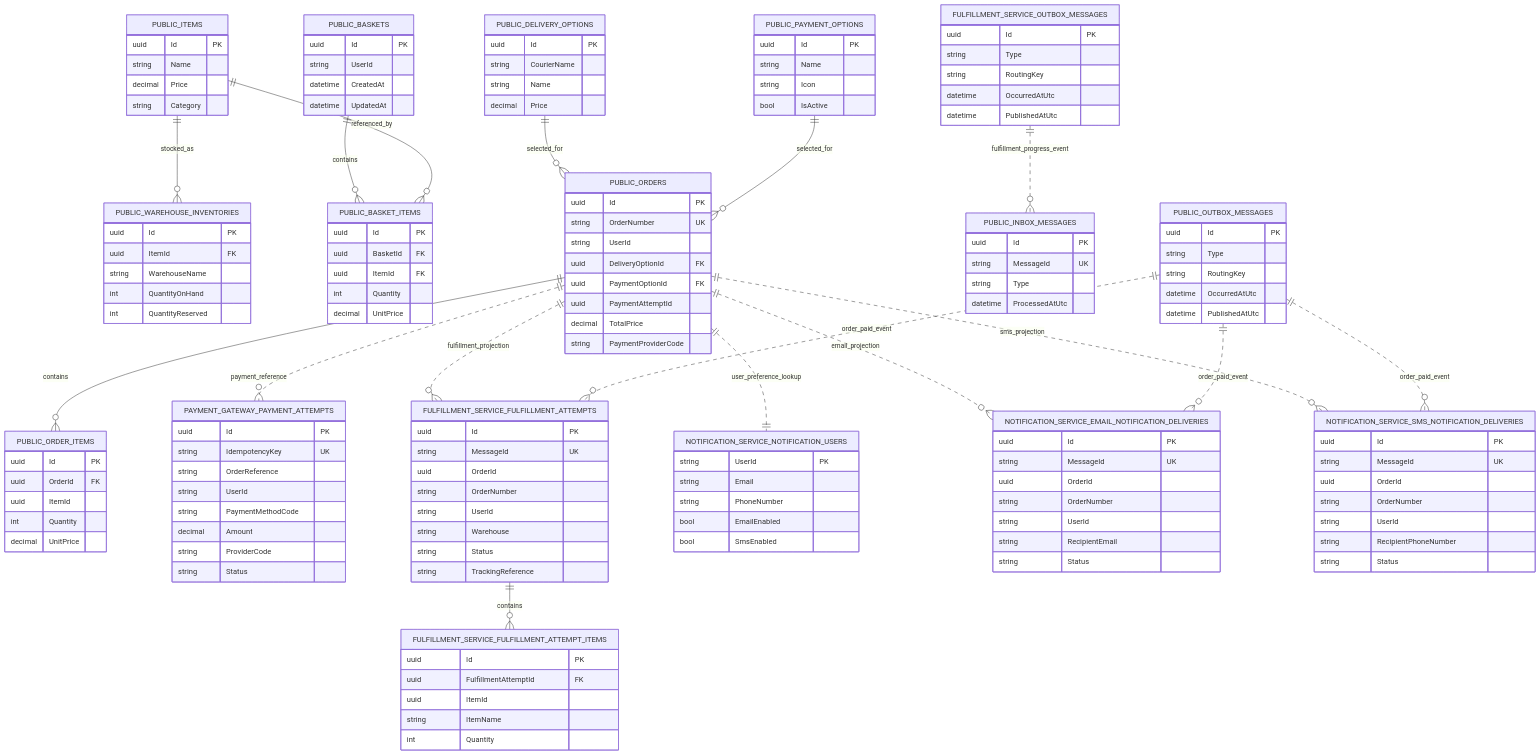
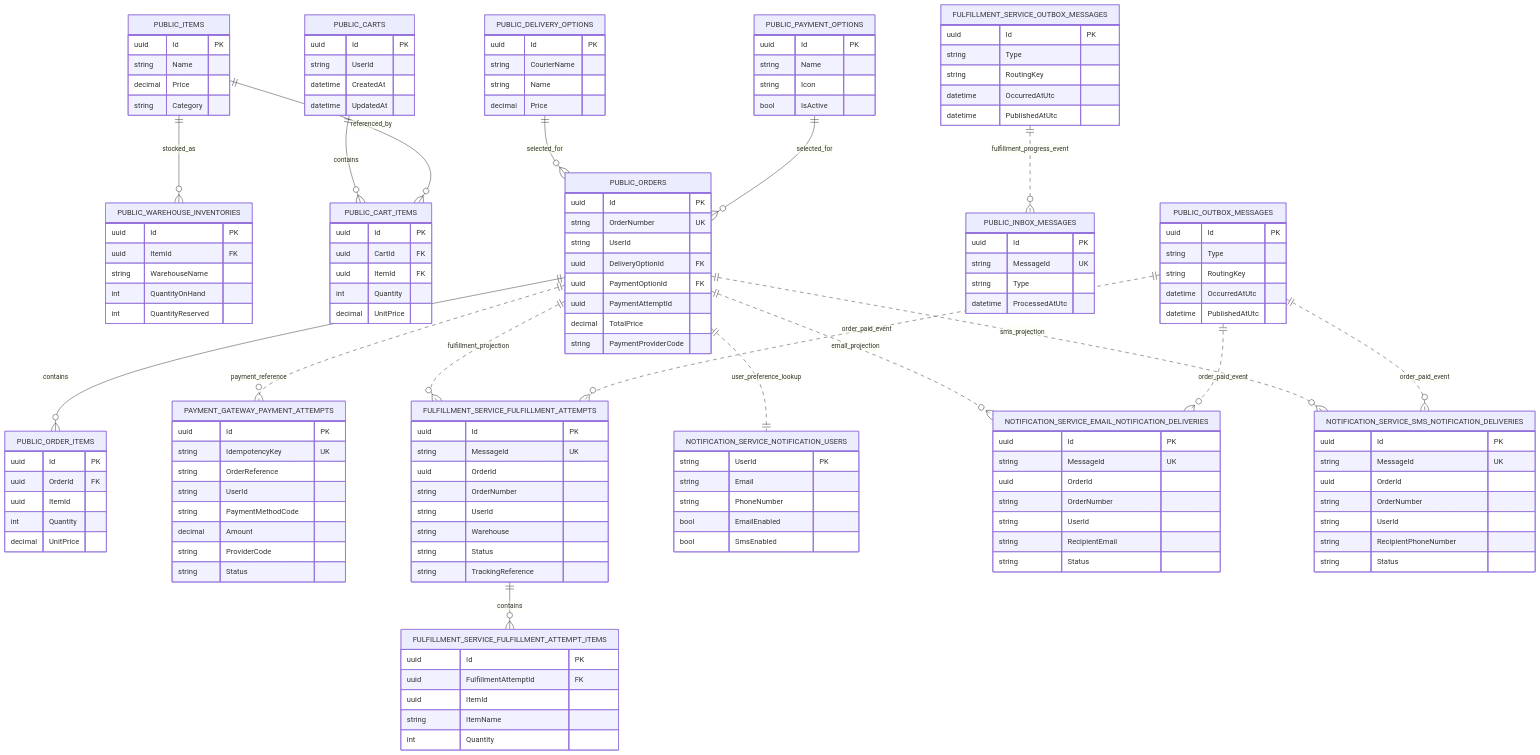
One commit to wichurax/SerilogDemo changed the diagram in db_schema.md. Above: the diagram before and after it, drawn with Mermaid. The commit also changed other lines of this file and 24 other files, not shown here.

First line of the commit message:
refactor: rename basket to cart across the application

```diff
--- a/db_schema.md
+++ b/db_schema.md
@@ -26,16 +26,16 @@
     int QuantityReserved
   }
 
-  PUBLIC_BASKETS {
+  PUBLIC_CARTS {
     uuid Id PK
     string UserId
     datetime CreatedAt
     datetime UpdatedAt
   }
 
-  PUBLIC_BASKET_ITEMS {
+  PUBLIC_CART_ITEMS {
     uuid Id PK
-    uuid BasketId FK
+    uuid CartId FK
     uuid ItemId FK
     int Quantity
     decimal UnitPrice
@@ -156,8 +156,8 @@
   }
 
   PUBLIC_ITEMS ||--o{ PUBLIC_WAREHOUSE_INVENTORIES : stocked_as
-  PUBLIC_BASKETS ||--o{ PUBLIC_BASKET_ITEMS : contains
-  PUBLIC_ITEMS ||--o{ PUBLIC_BASKET_ITEMS : referenced_by
+  PUBLIC_CARTS ||--o{ PUBLIC_CART_ITEMS : contains
+  PUBLIC_ITEMS ||--o{ PUBLIC_CART_ITEMS : referenced_by
   PUBLIC_DELIVERY_OPTIONS ||--o{ PUBLIC_ORDERS : selected_for
   PUBLIC_PAYMENT_OPTIONS ||--o{ PUBLIC_ORDERS : selected_for
   PUBLIC_ORDERS ||--o{ PUBLIC_ORDER_ITEMS : contains
```
